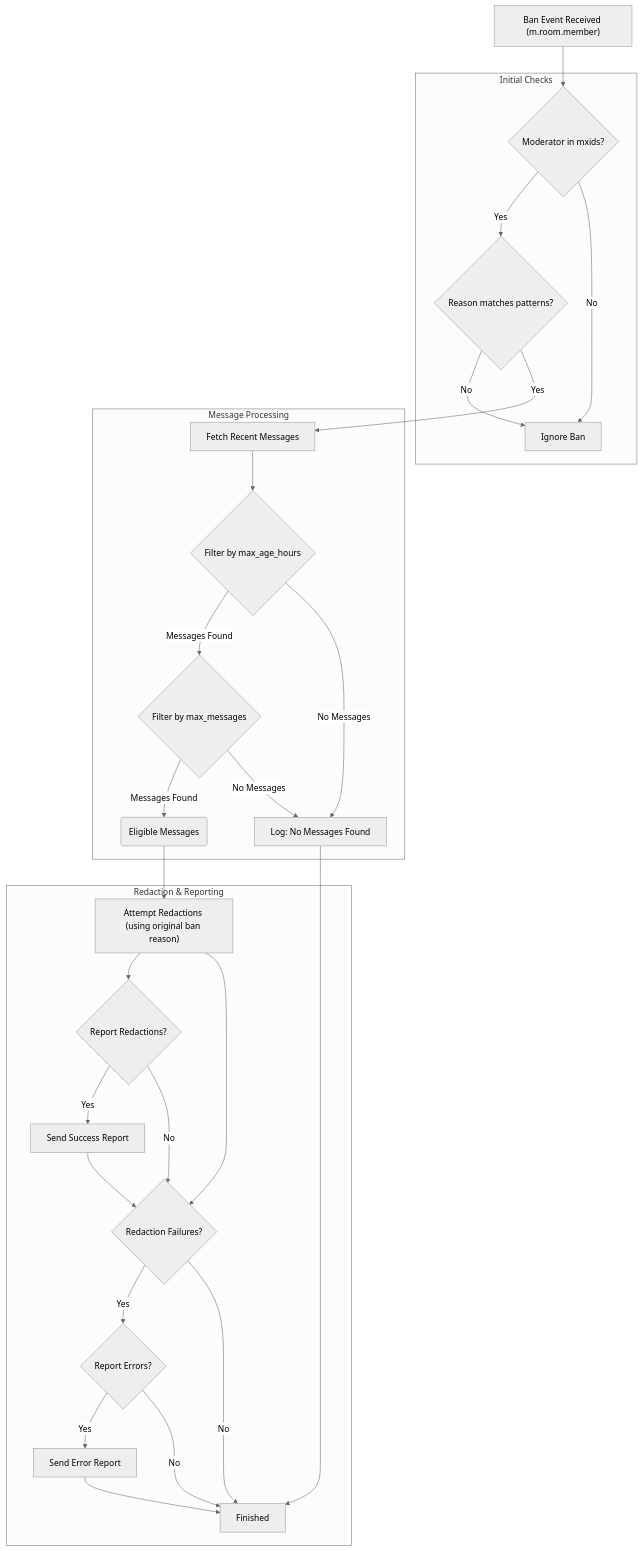
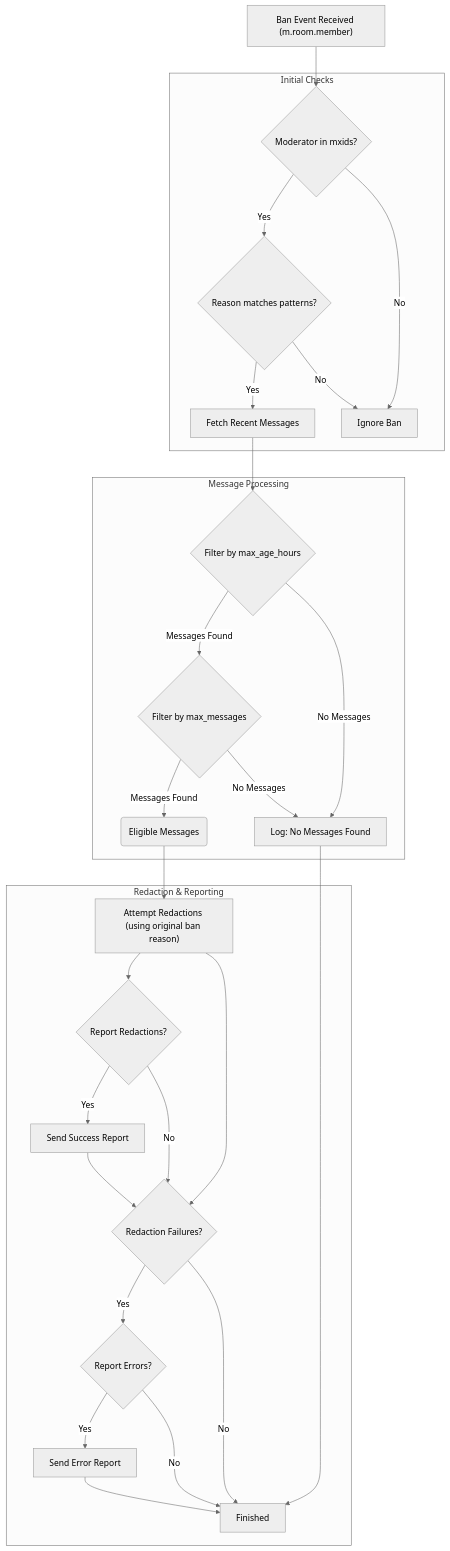
Before and after one commit to tcpipuk/maubot-redactor: the diagram in README.md, drawn with Mermaid (neutral theme).

Commit message:
Reorder links

````diff
--- a/README.md
+++ b/README.md
@@ -97,39 +97,38 @@
 ```mermaid
 graph TD
     A["Ban Event Received (m.room.member)"] --> CheckModerator{Moderator in mxids?};
 
     subgraph Initial Checks
         CheckModerator -- Yes --> CheckReason{Reason matches patterns?};
         CheckModerator -- No --> Z[Ignore Ban];
+        CheckReason -- Yes --> FetchMessages["Fetch Recent Messages"];
         CheckReason -- No --> Z;
     end
-
-    CheckReason -- Yes --> FetchMessages["Fetch Recent Messages"];
 
     subgraph Message Processing
         FetchMessages --> FilterAge{Filter by max_age_hours};
         FilterAge -- Messages Found --> FilterCount{Filter by max_messages};
         FilterAge -- No Messages --> Y[Log: No Messages Found];
         FilterCount -- Messages Found --> ProcessedMessages(Eligible Messages);
         FilterCount -- No Messages --> Y;
     end
 
     ProcessedMessages --> AttemptRedactions["Attempt Redactions (using original ban reason)"];
 
     subgraph Redaction & Reporting
         AttemptRedactions --> ReportRedactions{Report Redactions?};
         ReportRedactions -- Yes --> SendSuccess[Send Success Report];
         ReportRedactions -- No --> CheckFailures;
         SendSuccess --> CheckFailures;
 
         AttemptRedactions --> CheckFailures{Redaction Failures?};
         CheckFailures -- Yes --> ReportErrors{Report Errors?};
         CheckFailures -- No --> J[Finished];
 
         ReportErrors -- Yes --> SendError[Send Error Report];
         ReportErrors -- No --> J;
         SendError --> J;
     end
 
     Y --> J;
 ```
````
